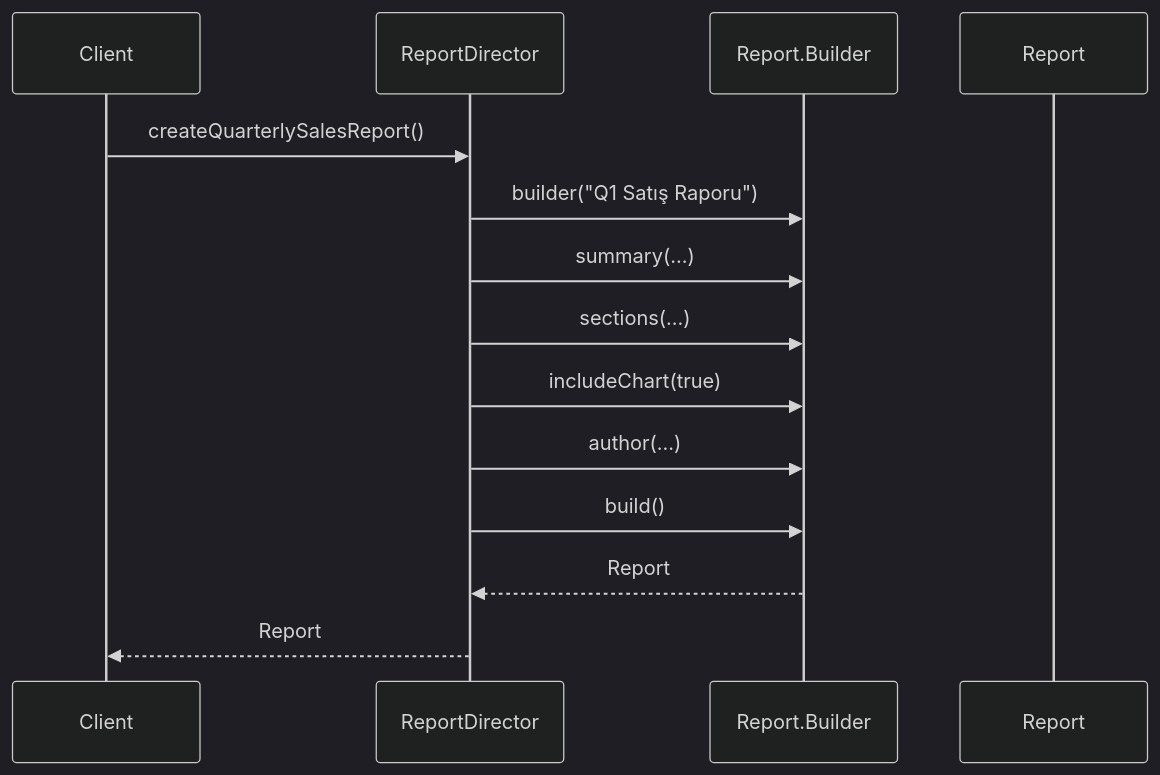
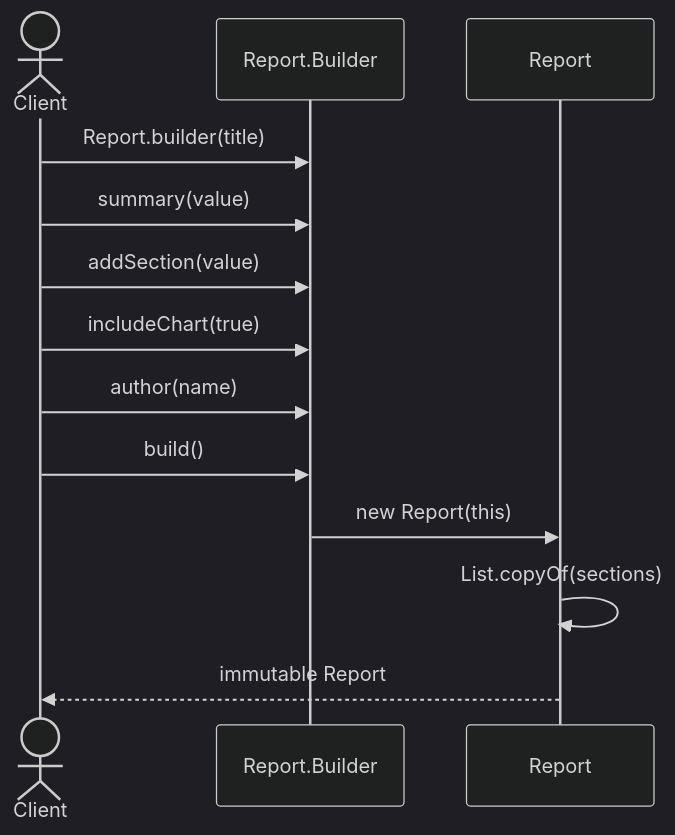
Before and after one commit to TunahanCan/design_pattern: the second of 2 diagrams in src/main/java/com/can/creational/builder/explain/builder.md, drawn with Mermaid (dark theme). The commit also changed other lines of this file and 171 other files, not shown here.

````diff
--- a/src/main/java/com/can/creational/builder/explain/builder.md
+++ b/src/main/java/com/can/creational/builder/explain/builder.md
@@ -79,17 +142,16 @@
 ```mermaid
 sequenceDiagram
-    participant C as Client
-    participant D as ReportDirector
-    participant B as Report.Builder
-    participant R as Report
+    actor Client
+    participant Builder as Report.Builder
+    participant Product as Report
 
-    C->>D: createQuarterlySalesReport()
-    D->>B: builder("Q1 Satış Raporu")
-    D->>B: summary(...)
-    D->>B: sections(...)
-    D->>B: includeChart(true)
-    D->>B: author(...)
-    D->>B: build()
-    B-->>D: Report
-    D-->>C: Report
+    Client->>Builder: Report.builder(title)
+    Client->>Builder: summary(value)
+    Client->>Builder: addSection(value)
+    Client->>Builder: includeChart(true)
+    Client->>Builder: author(name)
+    Client->>Builder: build()
+    Builder->>Product: new Report(this)
+    Product->>Product: List.copyOf(sections)
+    Product-->>Client: immutable Report
 ```
````
